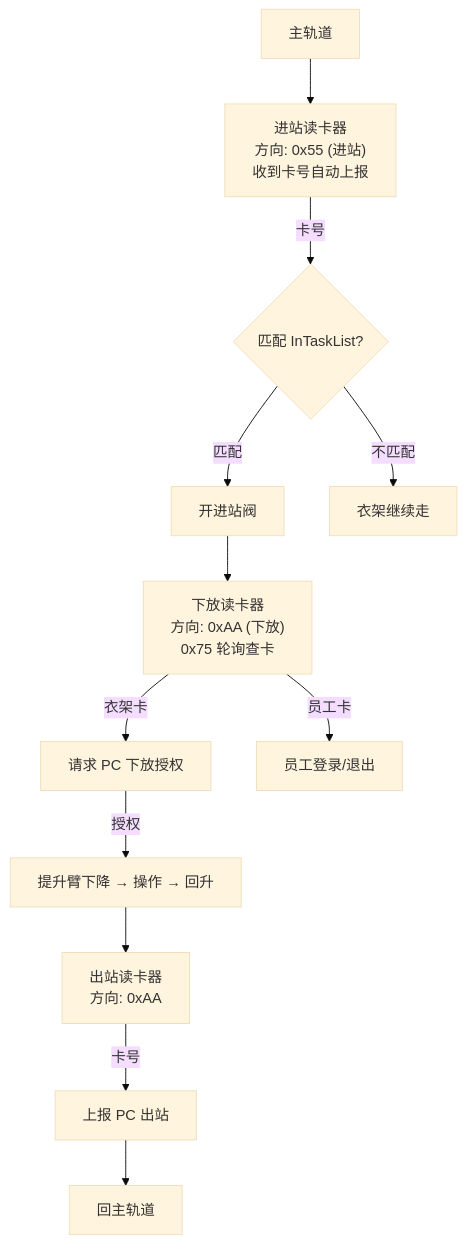
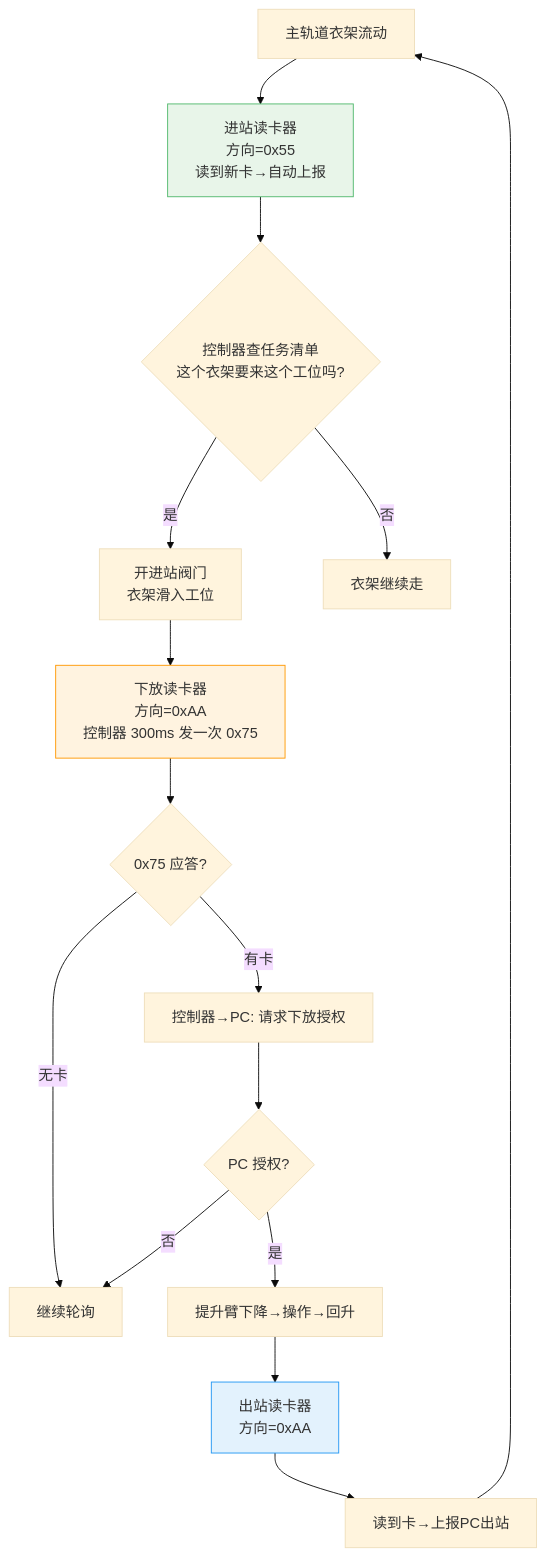
One commit to Siaiai/ObsidianNote changed diagram 14 of 14 in 工作/SR3读卡器/260802SR3读卡器需求.md. Above: the diagram before and after it, drawn with Mermaid (base theme). The commit also changed other lines of this file, not shown here.

````diff
--- a/工作/SR3读卡器/260802SR3读卡器需求.md
+++ b/工作/SR3读卡器/260802SR3读卡器需求.md
@@ -926,18 +517,27 @@
 ```mermaid
 flowchart TD
-    Rail["主轨道"] --> EntryReader["进站读卡器<br/>方向: 0x55 (进站)<br/>收到卡号自动上报"]
+    主轨道["主轨道衣架流动"] --> 进站["进站读卡器<br/>方向=0x55<br/>读到新卡→自动上报"]
 
-    EntryReader -->|"卡号"| Match{"匹配 InTaskList?"}
-    Match -->|匹配| InValve["开进站阀"]
-    Match -->|不匹配| Pass["衣架继续走"]
+    进站 --> 匹配{"控制器查任务清单<br/>这个衣架要来这个工位吗?"}
 
-    InValve --> StoreReader["下放读卡器<br/>方向: 0xAA (下放)<br/>0x75 轮询查卡"]
+    匹配 -->|"是"| 开阀["开进站阀门<br/>衣架滑入工位"]
+    匹配 -->|"否"| 放行["衣架继续走"]
 
-    StoreReader -->|衣架卡| ReqAuth["请求 PC 下放授权"]
-    StoreReader -->|员工卡| EmpLogin["员工登录/退出"]
+    开阀 --> 下放位["下放读卡器<br/>方向=0xAA<br/>控制器 300ms 发一次 0x75"]
 
-    ReqAuth -->|授权| Lift["提升臂下降 → 操作 → 回升"]
-    Lift --> OutReader["出站读卡器<br/>方向: 0xAA"]
-    OutReader -->|卡号| RptOut["上报 PC 出站"]
-    RptOut --> RailReturn["回主轨道"]
+    下放位 --> 有衣架{"0x75 应答?"}
+    有衣架 -->|"有卡"| 请求["控制器→PC: 请求下放授权"]
+    有衣架 -->|"无卡"| 等待["继续轮询"]
+
+    请求 --> 授权{"PC 授权?"}
+    授权 -->|"是"| 操作["提升臂下降→操作→回升"]
+    授权 -->|"否"| 等待
+
+    操作 --> 出站位["出站读卡器<br/>方向=0xAA"]
+    出站位 --> 确认["读到卡→上报PC出站"]
+    确认 --> 主轨道
+
+    style 进站 fill:#e8f5e9,stroke:#50B86C
+    style 下放位 fill:#fff3e0,stroke:#FF9800
+    style 出站位 fill:#e3f2fd,stroke:#2196F3
 ```
````
